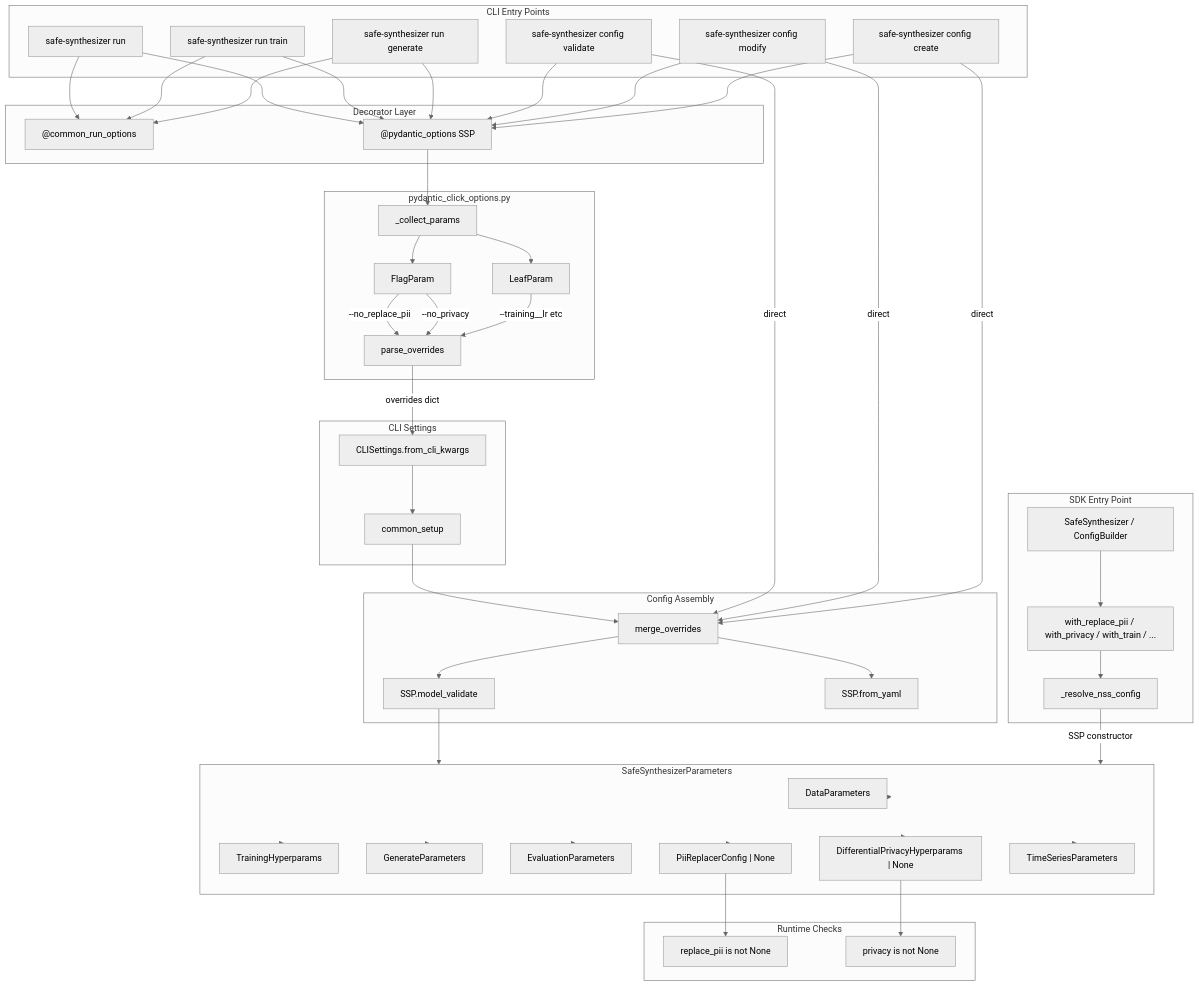
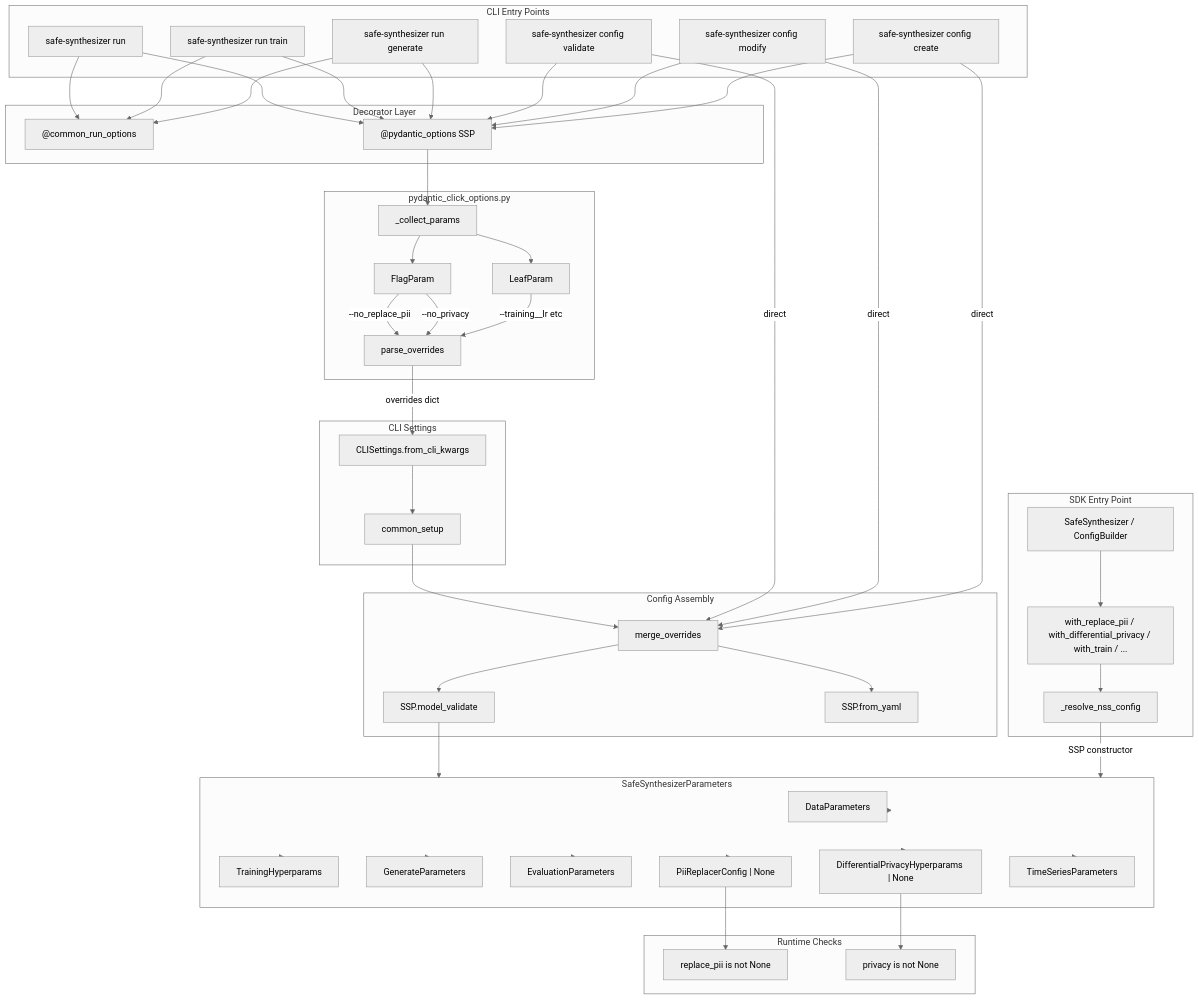
One commit to NVIDIA-NeMo/Safe-Synthesizer changed the second of 4 diagrams in docs/developer-guide/architecture.md. Above: the diagram before and after it, drawn with Mermaid (neutral theme). The commit also changed 7 other files, not shown here.

```diff
--- a/docs/developer-guide/architecture.md
+++ b/docs/developer-guide/architecture.md
@@ -180,7 +180,7 @@
 
     subgraph sdk [SDK Entry Point]
         builder["SafeSynthesizer / ConfigBuilder"]
-        with_methods["with_replace_pii / with_privacy / with_train / ..."]
+        with_methods["with_replace_pii / with_differential_privacy / with_train / ..."]
         resolve["_resolve_nss_config"]
     end
 
```
